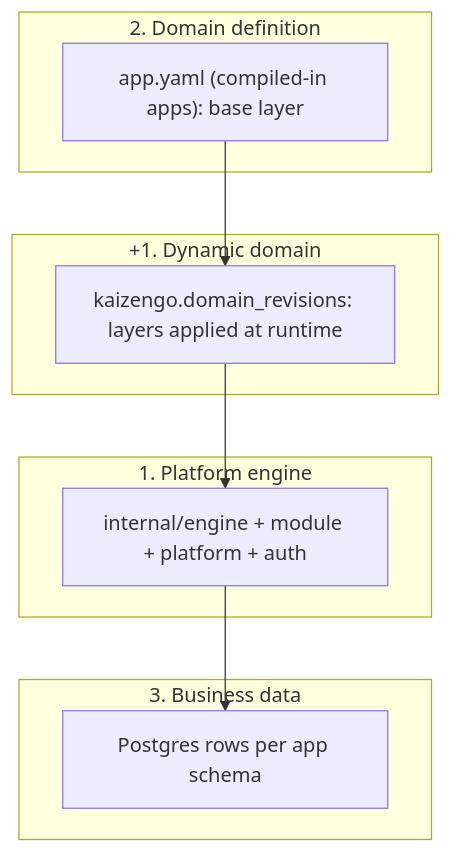
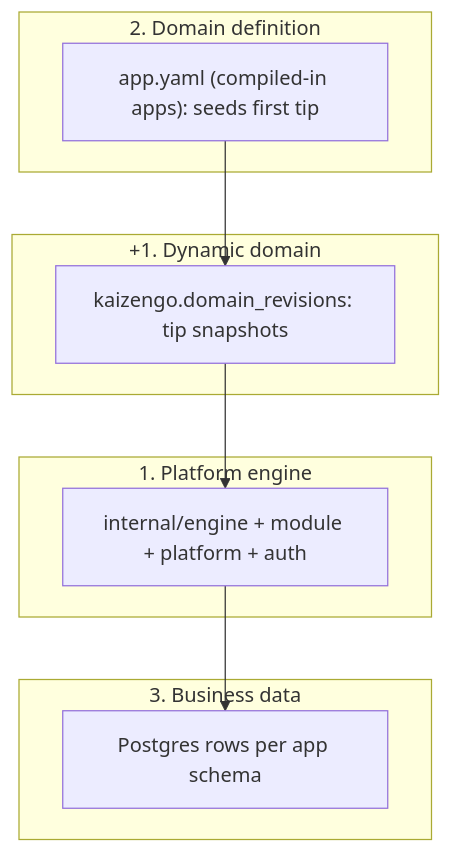
One commit to xerxesar/kaizengo changed the first of 2 diagrams in docs/architecture.md. Above: the diagram before and after it, drawn with Mermaid. The commit also changed other lines of this file and 142 other files, not shown here.

````diff
--- a/docs/architecture.md
+++ b/docs/architecture.md
@@ -7,18 +7,18 @@
 ```mermaid
 flowchart TB
   subgraph engineLayer [1. Platform engine]
     Engine[internal/engine + module + platform + auth]
   end
   subgraph domainLayer [2. Domain definition]
-    Static["app.yaml (compiled-in apps): base layer"]
+    Static["app.yaml (compiled-in apps): seeds first tip"]
   end
   subgraph dynamicLayer [+1. Dynamic domain]
-    Layers["kaizengo.domain_revisions: layers applied at runtime"]
+    Revisions["kaizengo.domain_revisions: tip snapshots"]
   end
   subgraph dataLayer [3. Business data]
     Rows[Postgres rows per app schema]
   end
-  Static --> Layers
-  Layers --> Engine
+  Static --> Revisions
+  Revisions --> Engine
   Engine --> Rows
 ```
````
